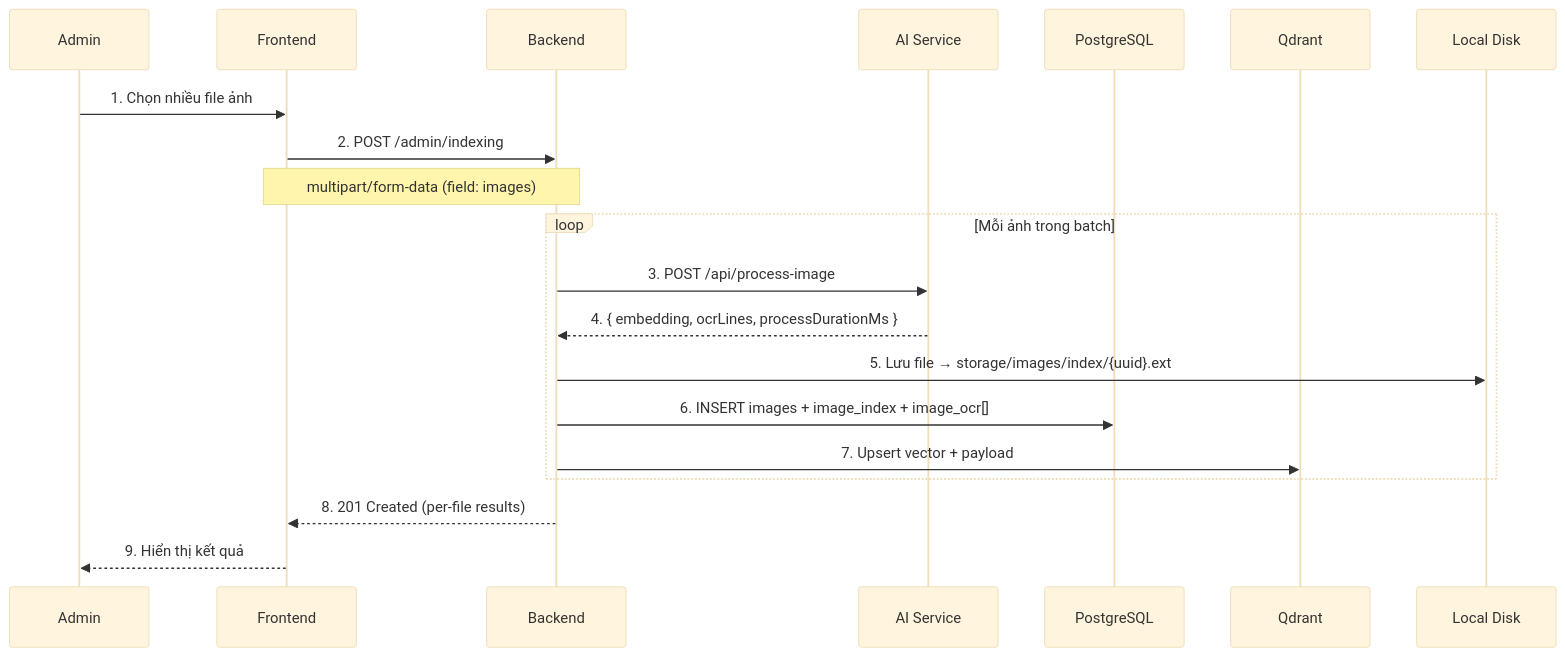
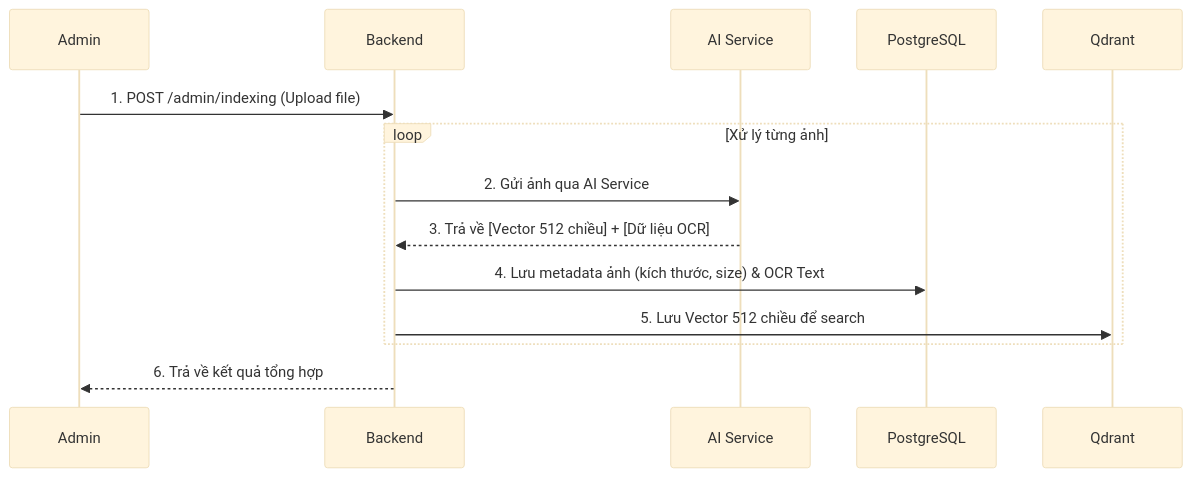
The first of 2 diagrams in docs/api_flow_documentation.md (doanhacker/Nobisoft-Intern), drawn with Mermaid (base theme) before and after one commit. The commit also changed other lines of this file and 2 other files, not shown here.

Commit message:
git add api document

````diff
--- a/docs/api_flow_documentation.md
+++ b/docs/api_flow_documentation.md
@@ -76,25 +77,17 @@
 ```mermaid
 sequenceDiagram
     participant Admin
-    participant FE as Frontend
     participant BE as Backend
     participant AI as AI Service
     participant PG as PostgreSQL
     participant QD as Qdrant
-    participant FS as Local Disk
 
-    Admin->>FE: 1. Chọn nhiều file ảnh
-    FE->>BE: 2. POST /admin/indexing
-    Note over FE,BE: multipart/form-data (field: images)
-
-    loop Mỗi ảnh trong batch
-        BE->>AI: 3. POST /api/process-image
-        AI-->>BE: 4. { embedding, ocrLines, processDurationMs }
-        BE->>FS: 5. Lưu file → storage/images/index/{uuid}.ext
-        BE->>PG: 6. INSERT images + image_index + image_ocr[]
-        BE->>QD: 7. Upsert vector + payload
+    Admin->>BE: 1. POST /admin/indexing (Upload file)
+    loop Xử lý từng ảnh
+        BE->>AI: 2. Gửi ảnh qua AI Service
+        AI-->>BE: 3. Trả về [Vector 512 chiều] + [Dữ liệu OCR]
+        BE->>PG: 4. Lưu metadata ảnh (kích thước, size) & OCR Text
+        BE->>QD: 5. Lưu Vector 512 chiều để search
     end
-
-    BE-->>FE: 8. 201 Created (per-file results)
-    FE-->>Admin: 9. Hiển thị kết quả
+    BE-->>Admin: 6. Trả về kết quả tổng hợp
 ```
````
